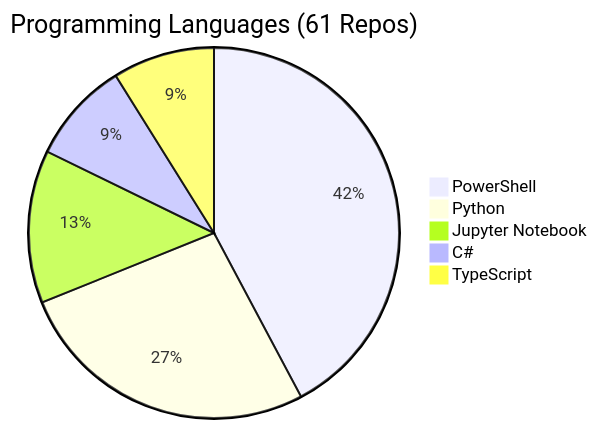
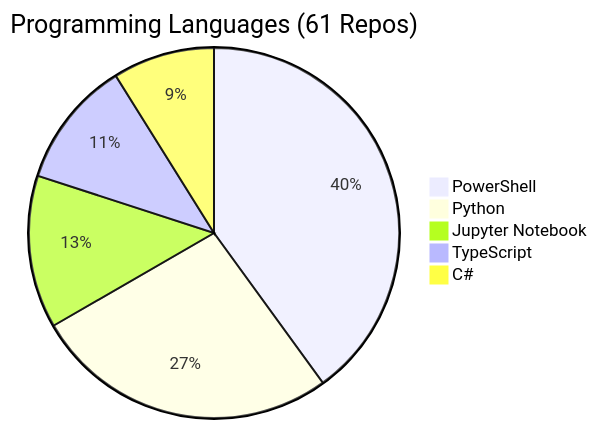
Before and after one commit to fabioc-aloha/fabioc-aloha: the diagram in REPOS.md, drawn with Mermaid. The commit also changed other lines of this file and 1 other file, not shown here.

````diff
--- a/REPOS.md
+++ b/REPOS.md
@@ -104,8 +104,8 @@
 ```mermaid
 pie title Programming Languages (61 Repos)
-    "PowerShell" : 19
+    "PowerShell" : 18
     "Python" : 12
     "Jupyter Notebook" : 6
+    "TypeScript" : 5
     "C#" : 4
-    "TypeScript" : 4
 ```
````
